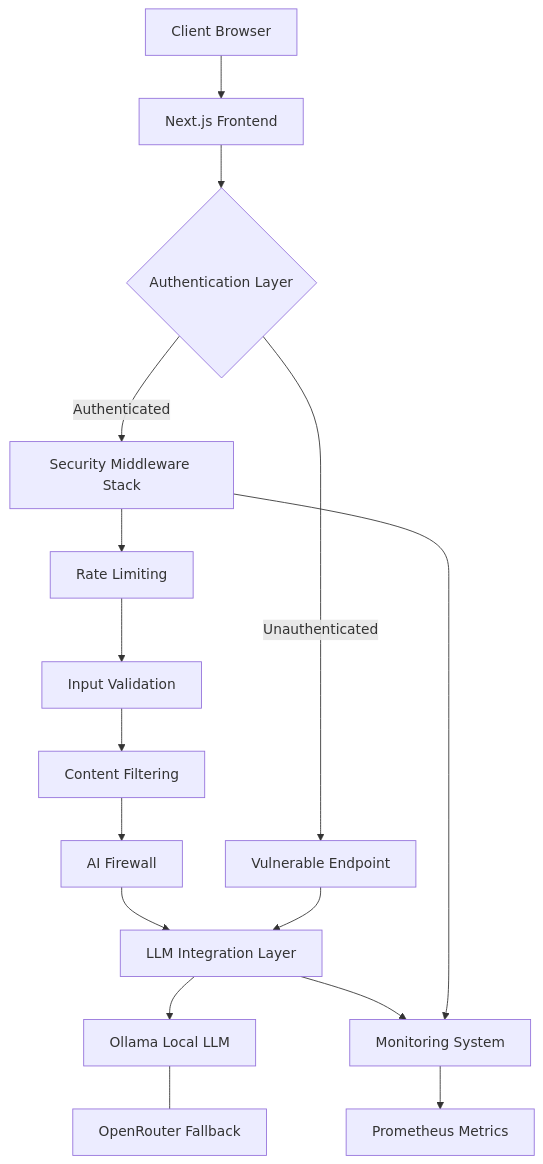
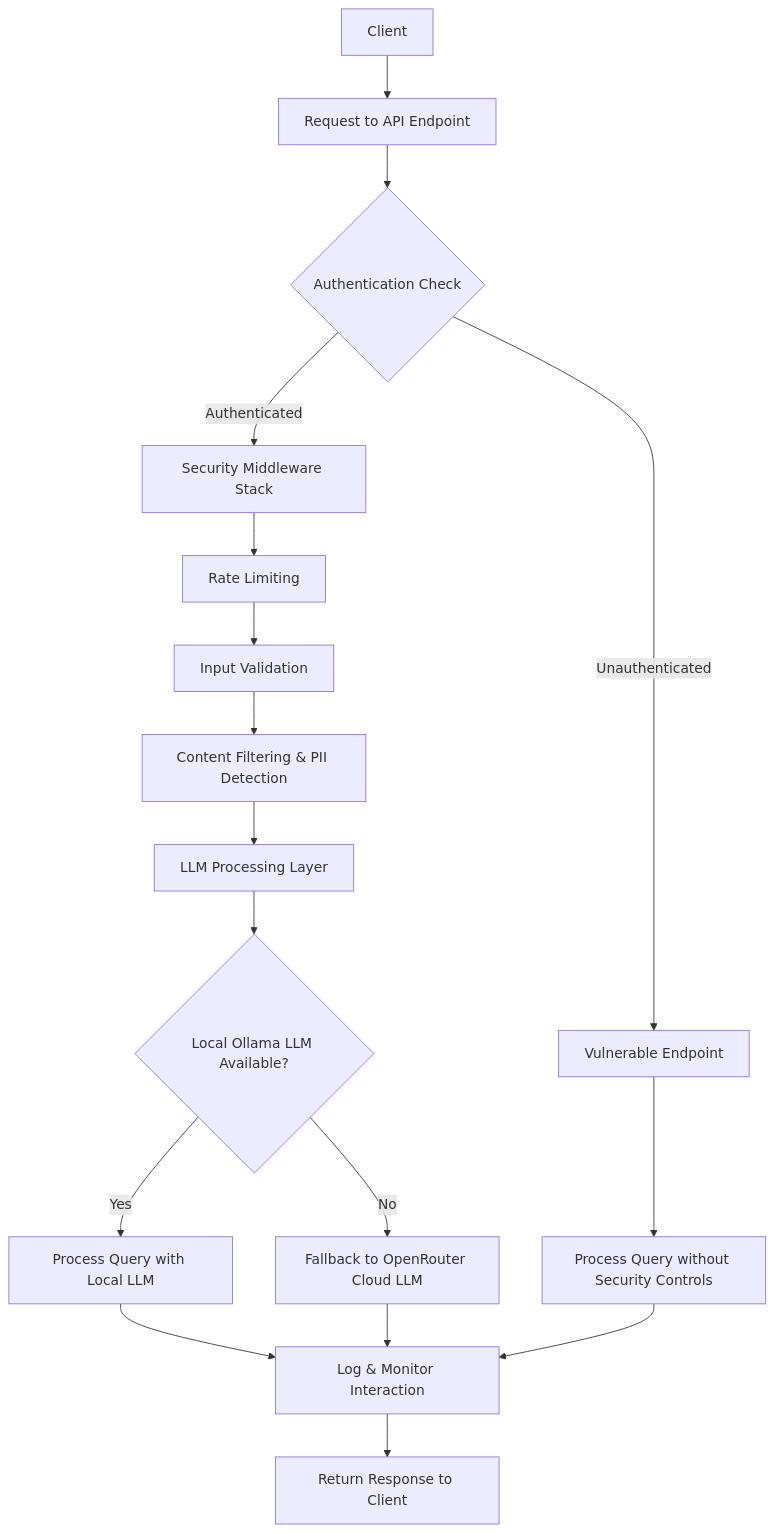
The diagram in README.md (nbaburov/local-llm-security), drawn with Mermaid before and after one commit. The commit also changed other lines of this file, not shown here.

````diff
--- a/README.md
+++ b/README.md
@@ -154,24 +154,23 @@
 ```mermaid
-graph TB
-    A[Client Browser] --> B[Next.js Frontend]
-    B --> C{Authentication Layer}
+graph TD
+    A[Client] --> B[Request to API Endpoint]
+    B --> C{Authentication Check}
     C -->|Authenticated| D[Security Middleware Stack]
     C -->|Unauthenticated| E[Vulnerable Endpoint]
-
+    
     D --> F[Rate Limiting]
     F --> G[Input Validation]
-    G --> H[Content Filtering]
-    H --> I[AI Firewall]
-    I --> J[LLM Integration Layer]
-
-    E --> J
-
-    J --> K[Ollama Local LLM]
-    K --- L[OpenRouter Fallback]
-
-    M[Monitoring System] --> N[Prometheus Metrics]
-
-
-    J --> M
-    D --> M
+    G --> H[Content Filtering & PII Detection]
+    H --> I[LLM Processing Layer]
+    
+    I --> J{Local Ollama LLM Available?}
+    J -->|Yes| K[Process Query with Local LLM]
+    J -->|No| L[Fallback to OpenRouter Cloud LLM]
+    
+    K --> M[Log & Monitor Interaction]
+    L --> M
+    
+    M --> N[Return Response to Client]
+    E --> O[Process Query without Security Controls]
+    O --> M
 ```
````
